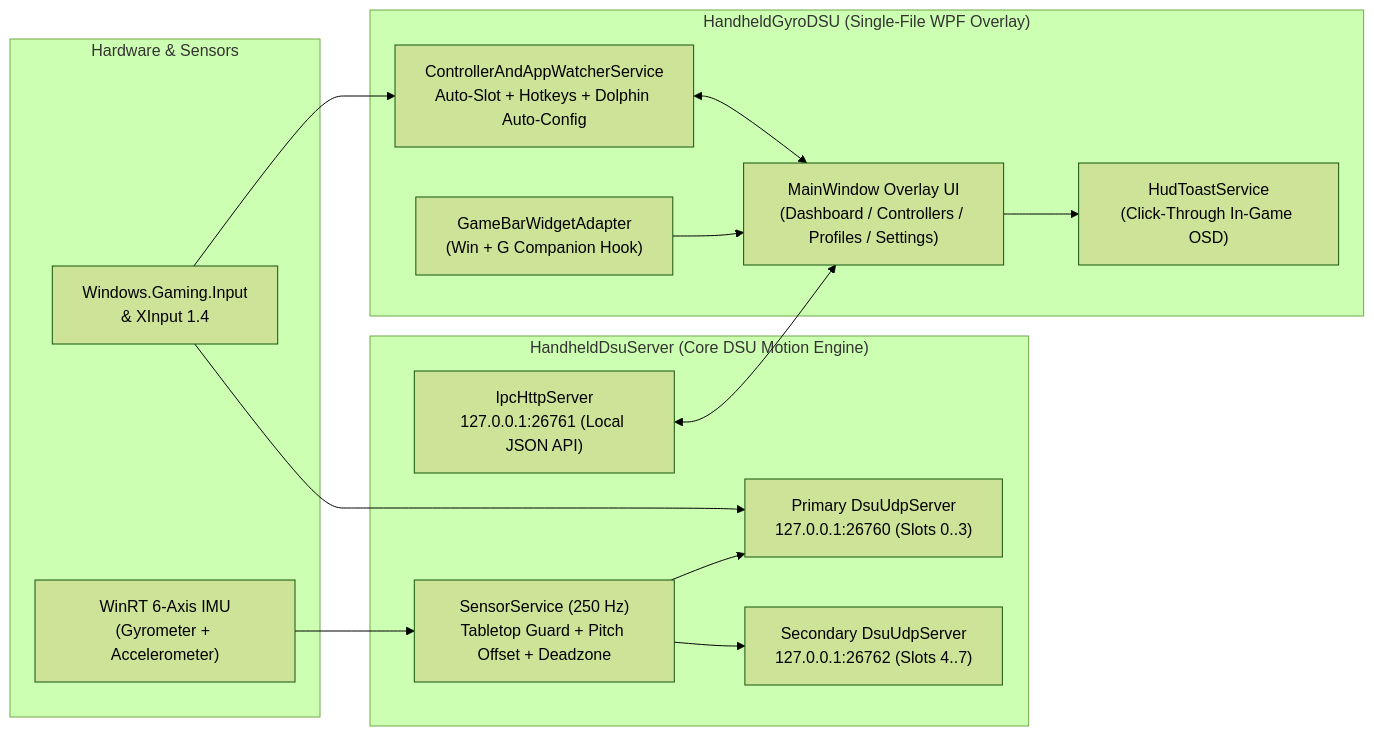
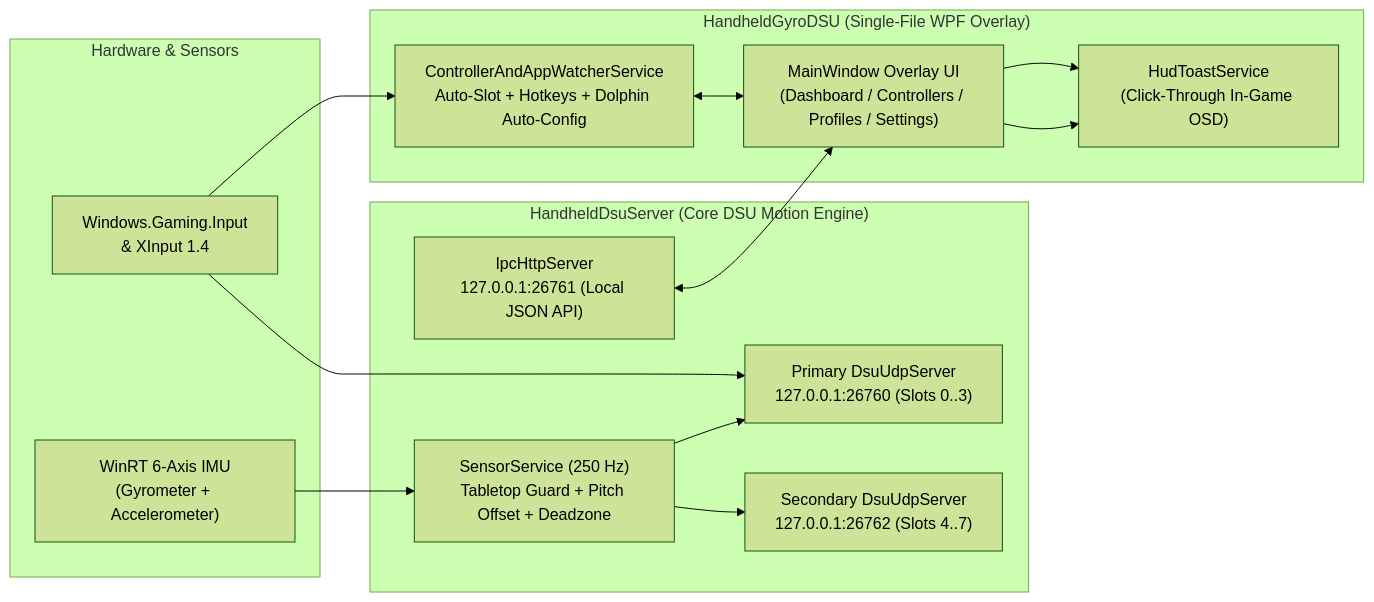
Before and after one commit to brktlhylmz/HandheldGyroDSU: the diagram in README.md, drawn with Mermaid (forest theme). The commit also changed other lines of this file and 5 other files, not shown here.

````diff
--- a/README.md
+++ b/README.md
@@ -135,31 +135,31 @@
 ```mermaid
 flowchart LR
     subgraph Hardware ["Hardware & Sensors"]
         IMU["WinRT 6-Axis IMU\n(Gyrometer + Accelerometer)"]
         WGI["Windows.Gaming.Input\n& XInput 1.4"]
     end
 
     subgraph Engine ["HandheldDsuServer (Core DSU Motion Engine)"]
         SS["SensorService (250 Hz)\nTabletop Guard + Pitch Offset + Deadzone"]
         UDP1["Primary DsuUdpServer\n127.0.0.1:26760 (Slots 0..3)"]
         UDP2["Secondary DsuUdpServer\n127.0.0.1:26762 (Slots 4..7)"]
         IPC["IpcHttpServer\n127.0.0.1:26761 (Local JSON API)"]
     end
 
     subgraph UI ["HandheldGyroDSU (Single-File WPF Overlay)"]
         MW["MainWindow Overlay UI\n(Dashboard / Controllers / Profiles / Settings)"]
         CW["ControllerAndAppWatcherService\nAuto-Slot + Hotkeys + Dolphin Auto-Config"]
-        GB["GameBarWidgetAdapter\n(Win + G Companion Hook)"]
+        HUD["HudToastService\n(Click-Through In-Game OSD)"]
         HUD["HudToastService\n(Click-Through In-Game OSD)"]
     end
 
     IMU --> SS
     WGI --> CW
     WGI --> UDP1
     SS --> UDP1
     SS --> UDP2
     IPC <--> MW
     CW <--> MW
-    GB --> MW
+    MW --> HUD
     MW --> HUD
 ```
````
